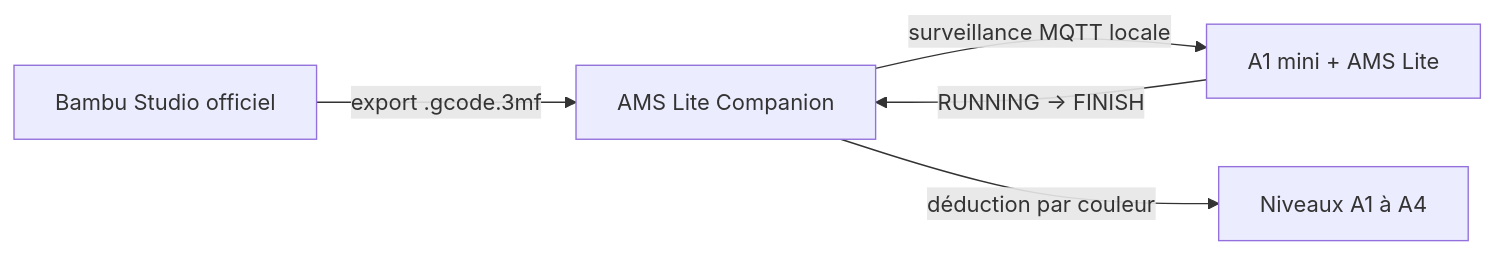
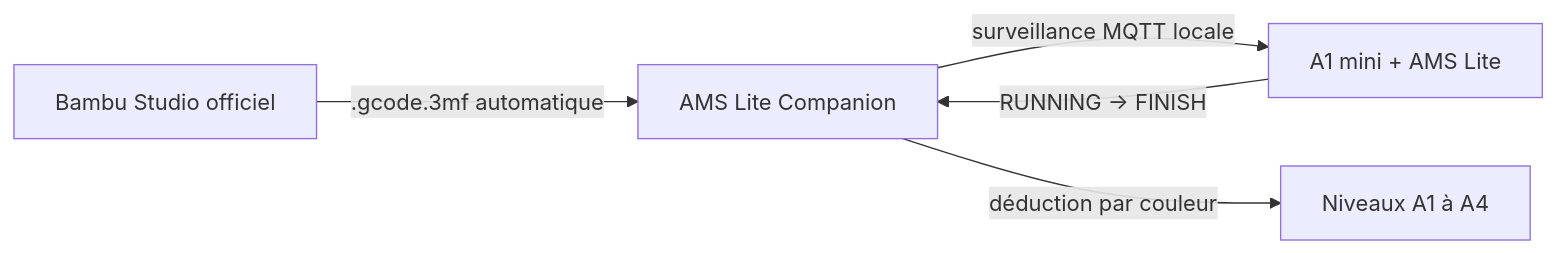
The diagram in README.md (laurentmamelli-max/AMS-Lite_Companion), drawn with Mermaid before and after one commit. The commit also changed other lines of this file and 8 other files, not shown here.

First line of the commit message:
Passerelle automatique avec Bambu Studio

````diff
--- a/README.md
+++ b/README.md
@@ -15,7 +16,7 @@
 ```mermaid
 flowchart LR
-    A["Bambu Studio officiel"] -->|"export .gcode.3mf"| B["AMS Lite Companion"]
+    A["Bambu Studio officiel"] -->|".gcode.3mf automatique"| B["AMS Lite Companion"]
     B -->|"surveillance MQTT locale"| C["A1 mini + AMS Lite"]
     C -->|"RUNNING → FINISH"| B
     B -->|"déduction par couleur"| D["Niveaux A1 à A4"]
 ```
````
